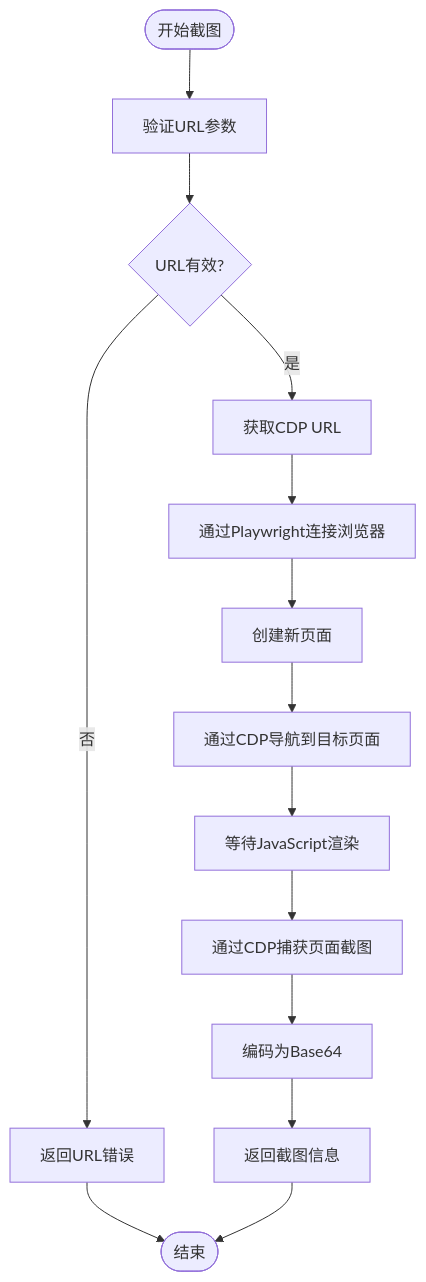
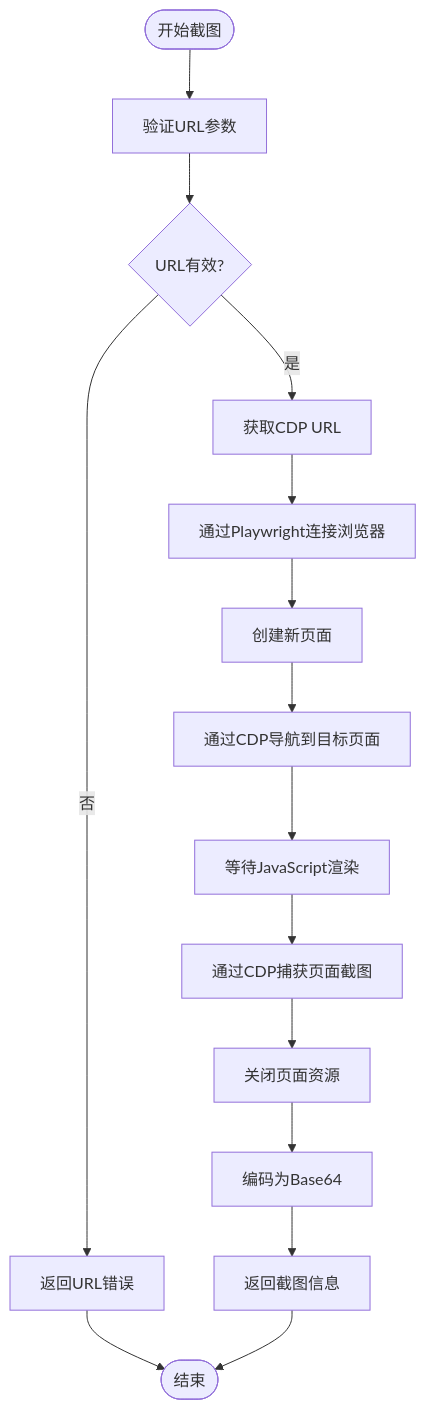
The eighth of 16 diagrams in .qoder/repowiki/zh/content/技能管理系统/技能开发指南/WebTools 网络工具技能.md (zhangdahai112/LocalManus), drawn with Mermaid before and after one commit. The commit also changed other lines of this file and 7 other files, not shown here.

````diff
--- a/.qoder/repowiki/zh/content/技能管理系统/技能开发指南/WebTools 网络工具技能.md
+++ b/.qoder/repowiki/zh/content/技能管理系统/技能开发指南/WebTools 网络工具技能.md
@@ -348,16 +357,17 @@
 ```mermaid
 flowchart TD
 Start([开始截图]) --> ValidateURL["验证URL参数"]
 ValidateURL --> URLValid{"URL有效?"}
 URLValid --> |否| ReturnURLError["返回URL错误"]
 URLValid --> |是| GetCDPURL["获取CDP URL"]
 GetCDPURL --> ConnectBrowser["通过Playwright连接浏览器"]
 ConnectBrowser --> NewPage["创建新页面"]
 NewPage --> NavigatePage["通过CDP导航到目标页面"]
 NavigatePage --> WaitJS["等待JavaScript渲染"]
 WaitJS --> TakeScreenshot["通过CDP捕获页面截图"]
-TakeScreenshot --> EncodeBase64["编码为Base64"]
+TakeScreenshot --> ClosePage["关闭页面资源"]
+ClosePage --> EncodeBase64["编码为Base64"]
 EncodeBase64 --> ReturnScreenshot["返回截图信息"]
 ReturnURLError --> End([结束])
 ReturnScreenshot --> End
 ```
````
